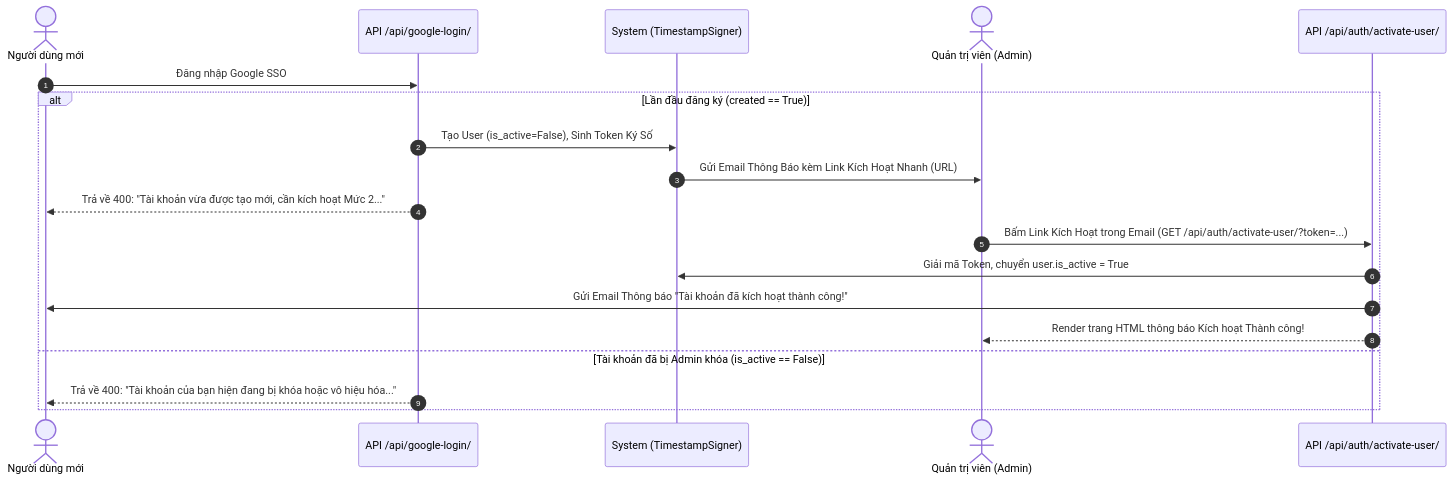
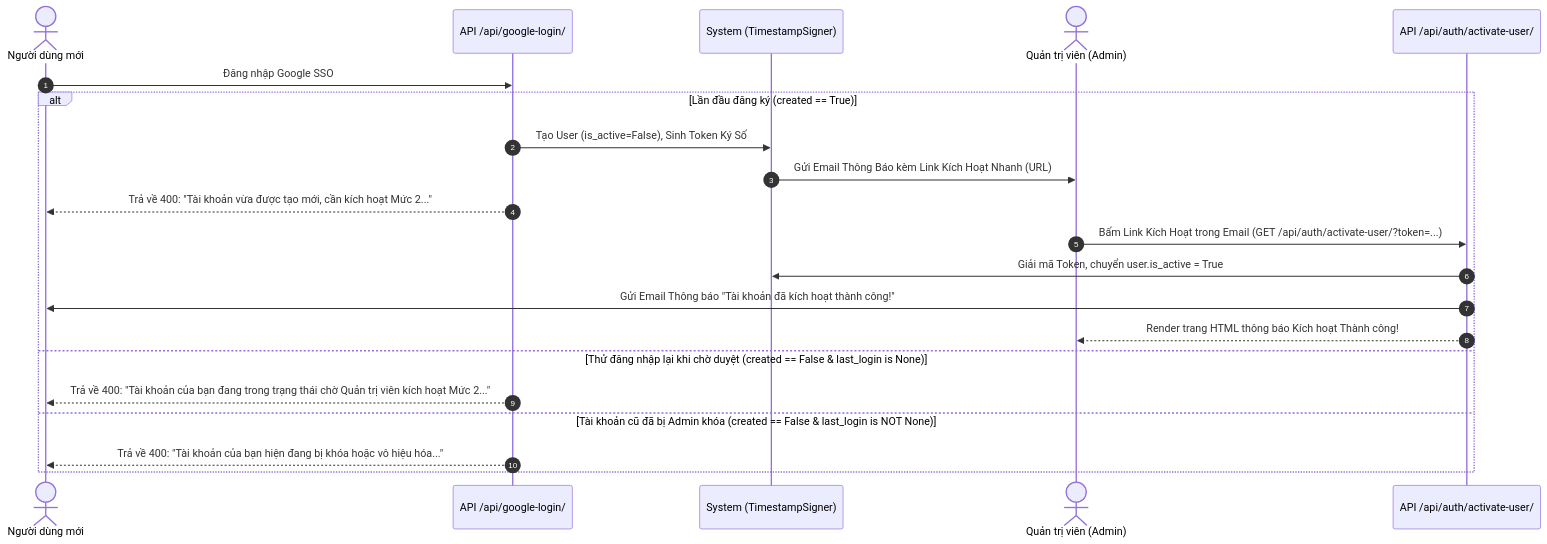
One commit to thanhlongts2k/dashboard-report changed the second of 2 diagrams in DocumentAPI_Report2026.md. Above: the diagram before and after it, drawn with Mermaid. The commit also changed other lines of this file and 5 other files, not shown here.

Commit message:
feat(auth): support BACKEND_URL, 3-state SSO login responses & handle re-clicking activation links

````diff
--- a/DocumentAPI_Report2026.md
+++ b/DocumentAPI_Report2026.md
@@ -545,22 +545,24 @@
 ```mermaid
 sequenceDiagram
     autonumber
     actor User as Người dùng mới
     participant SSO as API /api/google-login/
     participant System as System (TimestampSigner)
     actor Admin as Quản trị viên (Admin)
     participant ActAPI as API /api/auth/activate-user/
 
     User->>SSO: Đăng nhập Google SSO
     alt Lần đầu đăng ký (created == True)
         SSO->>System: Tạo User (is_active=False), Sinh Token Ký Số
         System->>Admin: Gửi Email Thông Báo kèm Link Kích Hoạt Nhanh (URL)
         SSO-->>User: Trả về 400: "Tài khoản vừa được tạo mới, cần kích hoạt Mức 2..."
         Admin->>ActAPI: Bấm Link Kích Hoạt trong Email (GET /api/auth/activate-user/?token=...)
         ActAPI->>System: Giải mã Token, chuyển user.is_active = True
         ActAPI->>User: Gửi Email Thông báo "Tài khoản đã kích hoạt thành công!"
         ActAPI-->>Admin: Render trang HTML thông báo Kích hoạt Thành công!
-    else Tài khoản đã bị Admin khóa (is_active == False)
+    else Thử đăng nhập lại khi chờ duyệt (created == False & last_login is None)
+        SSO-->>User: Trả về 400: "Tài khoản của bạn đang trong trạng thái chờ Quản trị viên kích hoạt Mức 2..."
+    else Tài khoản cũ đã bị Admin khóa (created == False & last_login is NOT None)
         SSO-->>User: Trả về 400: "Tài khoản của bạn hiện đang bị khóa hoặc vô hiệu hóa..."
     end
 ```
````
